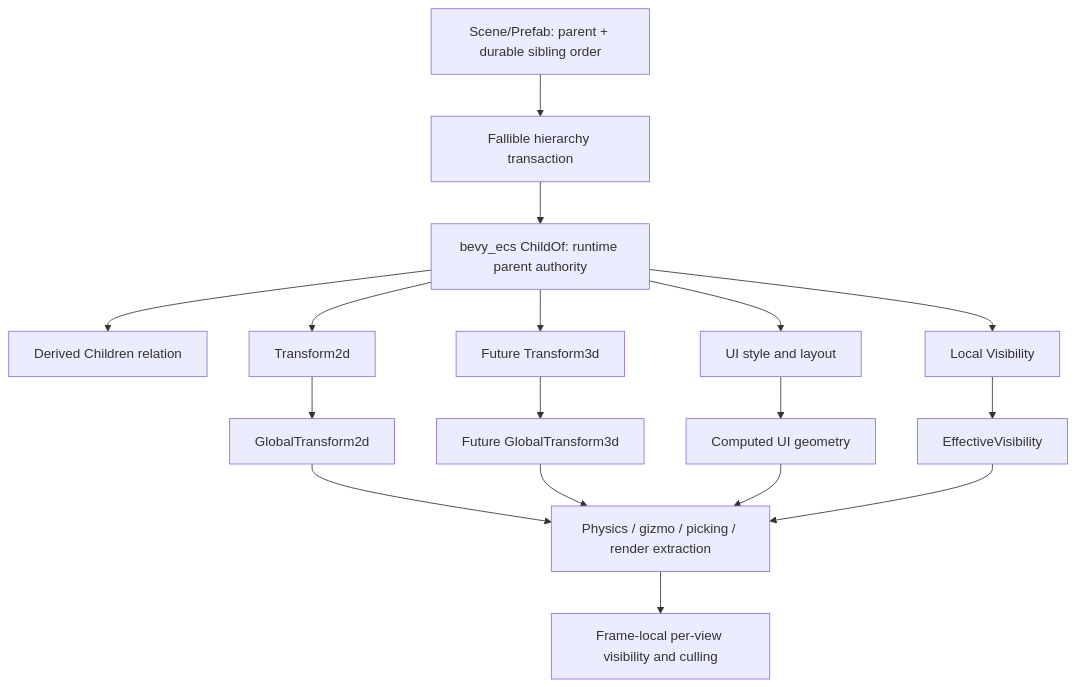
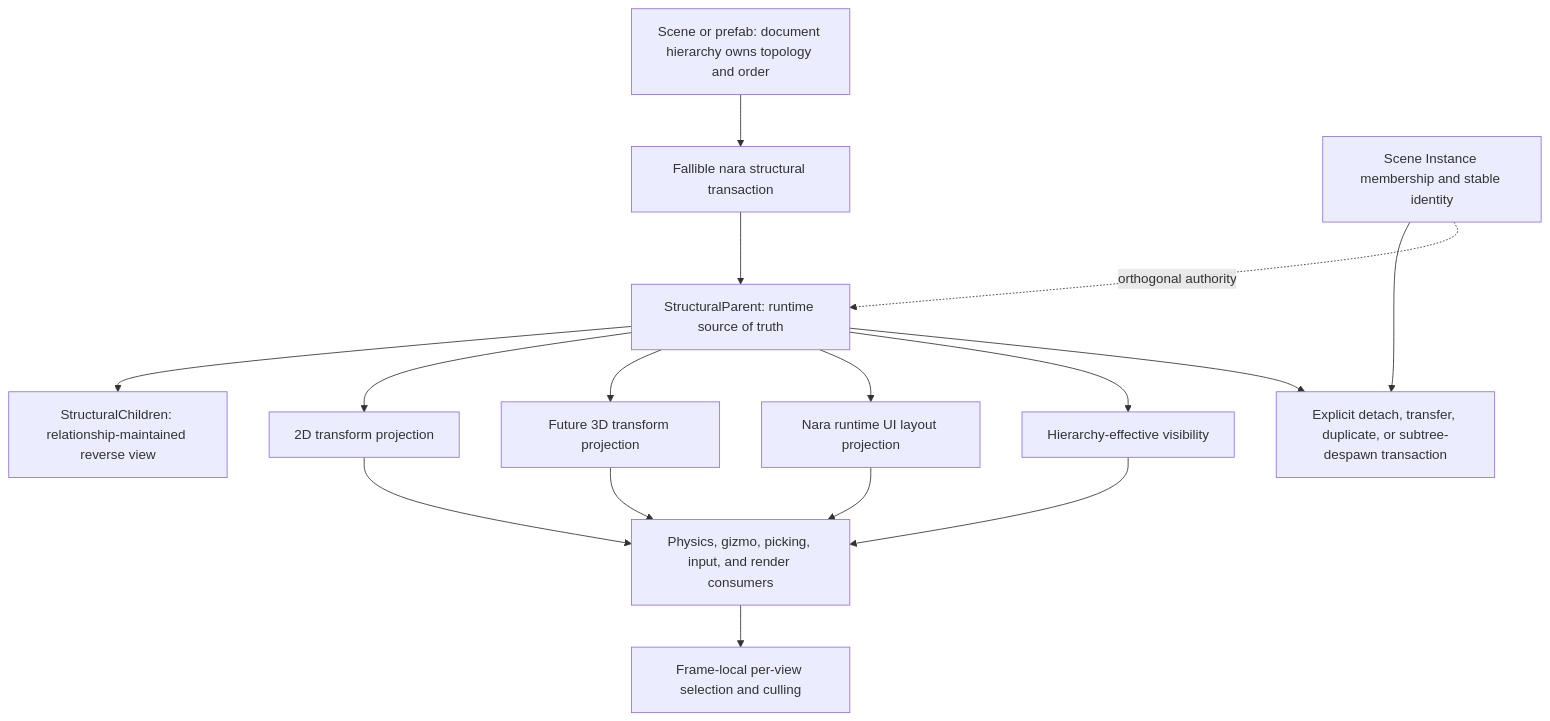
Before and after one commit to Latias94/nara: the first of 2 diagrams in docs/architecture/adr/0085-hierarchy-transform-and-visibility-semantics.md, drawn with Mermaid. The commit also changed other lines of this file and 63 other files, not shown here.

First line of the commit message:
docs(architecture): refine product module boundaries

````diff
--- a/docs/architecture/adr/0085-hierarchy-transform-and-visibility-semantics.md
+++ b/docs/architecture/adr/0085-hierarchy-transform-and-visibility-semantics.md
@@ -38,34 +61,24 @@
 ```mermaid
 flowchart TD
-    Document[Scene/Prefab: parent + durable sibling order]
-    Mutation[Fallible hierarchy transaction]
-    ChildOf[bevy_ecs ChildOf: runtime parent authority]
-    Children[Derived Children relation]
-    T2[Transform2d]
-    G2[GlobalTransform2d]
-    T3[Future Transform3d]
-    G3[Future GlobalTransform3d]
-    UI[UI style and layout]
-    UIG[Computed UI geometry]
-    Vis[Local Visibility]
-    Effective[EffectiveVisibility]
-    Extract[Physics / gizmo / picking / render extraction]
-    PerView[Frame-local per-view visibility and culling]
+    Document[Scene or prefab: document hierarchy owns topology and order]
+    Transaction[Fallible nara structural transaction]
+    Parent[StructuralParent: runtime source of truth]
+    Children[StructuralChildren: relationship-maintained reverse view]
+    Membership[Scene Instance membership and stable identity]
+    Lifecycle[Explicit detach, transfer, duplicate, or subtree-despawn transaction]
+    T2[2D transform projection]
+    T3[Future 3D transform projection]
+    UI[Nara runtime UI layout projection]
+    Visibility[Hierarchy-effective visibility]
+    Consumers[Physics, gizmo, picking, input, and render consumers]
+    PerView[Frame-local per-view selection and culling]
 
-    Document --> Mutation
-    Mutation --> ChildOf
-    ChildOf --> Children
-    ChildOf --> T2
-    T2 --> G2
-    ChildOf --> T3
-    T3 --> G3
-    ChildOf --> UI
-    UI --> UIG
-    ChildOf --> Vis
-    Vis --> Effective
-    G2 --> Extract
-    G3 --> Extract
-    UIG --> Extract
-    Effective --> Extract
-    Extract --> PerView
+    Document --> Transaction --> Parent --> Children
+    Parent --> T2 --> Consumers
+    Parent --> T3 --> Consumers
+    Parent --> UI --> Consumers
+    Parent --> Visibility --> Consumers --> PerView
+    Parent --> Lifecycle
+    Membership --> Lifecycle
+    Membership -. orthogonal authority .-> Parent
 ```
````
